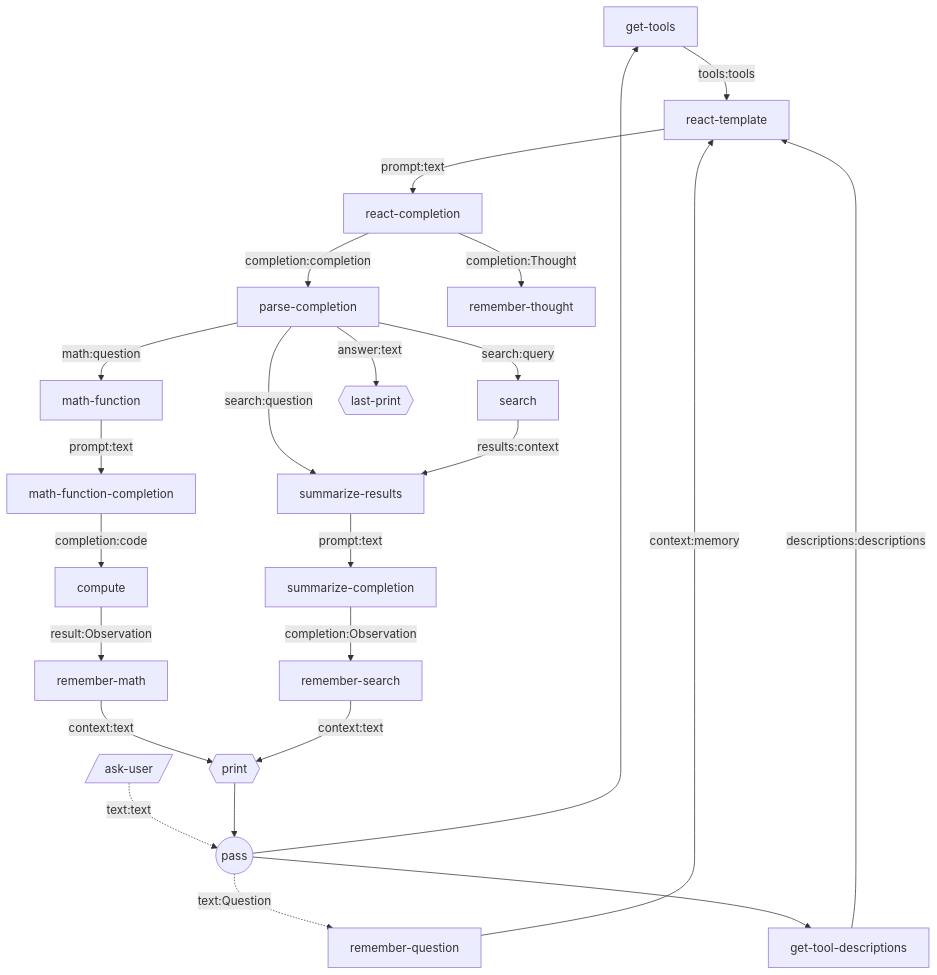
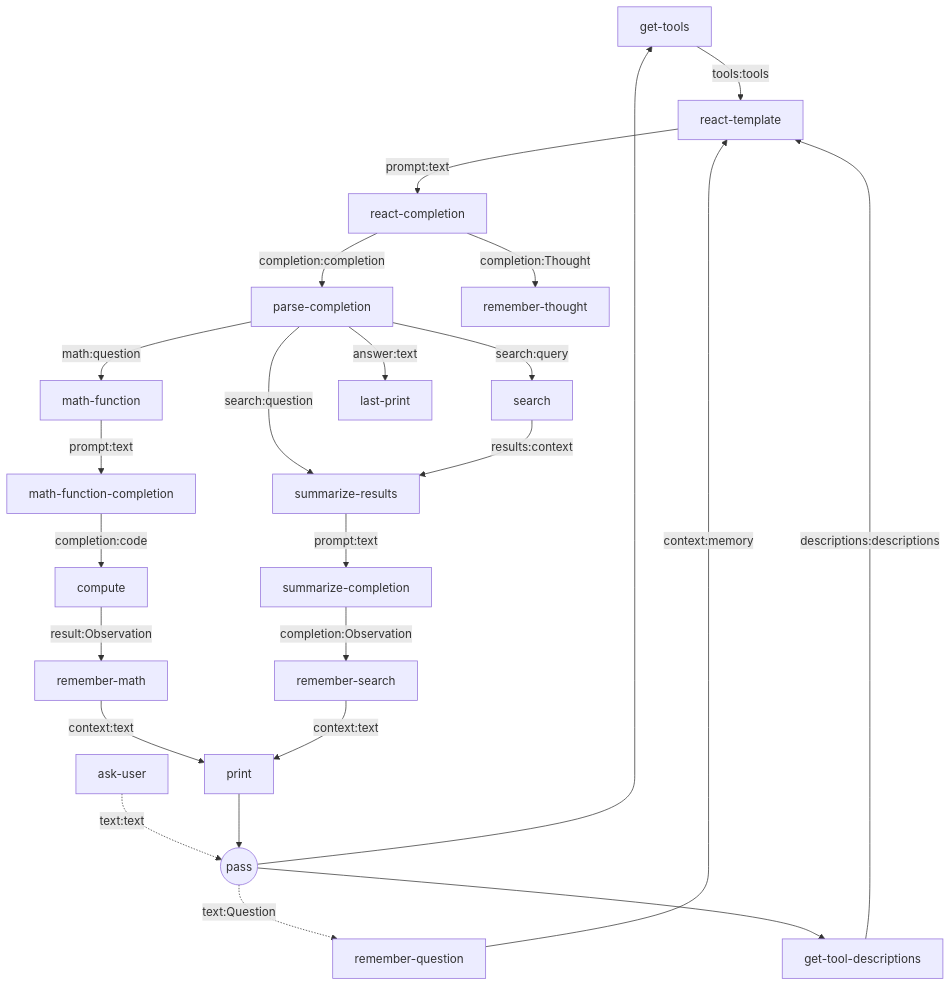
Before and after one commit to breadboard-ai/breadboard: the diagram in seeds/graph-playground/docs/graphs/react.md, drawn with Mermaid. The commit also changed 22 other files, not shown here.

First line of the commit message:
[graph-playground] Renaming input and output.

````diff
--- a/seeds/graph-playground/docs/graphs/react.md
+++ b/seeds/graph-playground/docs/graphs/react.md
@@ -4,26 +4,26 @@
 ```mermaid
 graph TD;
 get-tools -- tools:tools --> react-template
 get-tool-descriptions -- descriptions:descriptions --> react-template
-ask-user[/ask-user/] -. text:text .-> pass((pass))
+ask-user -. text:text .-> pass((pass))
 pass((pass)) --> get-tools
 pass((pass)) -. text:Question .-> remember-question
 remember-question -- context:memory --> react-template
 pass((pass)) --> get-tool-descriptions
 react-template -- prompt:text --> react-completion
 react-completion -- completion:completion --> parse-completion
 react-completion -- completion:Thought --> remember-thought
 parse-completion -- search:query --> search
 parse-completion -- math:question --> math-function
 parse-completion -- search:question --> summarize-results
 search -- results:context --> summarize-results
 summarize-results -- prompt:text --> summarize-completion
 math-function -- prompt:text --> math-function-completion
 math-function-completion -- completion:code --> compute
 compute -- result:Observation --> remember-math
-remember-math -- context:text --> print{{print}}
+remember-math -- context:text --> print
 summarize-completion -- completion:Observation --> remember-search
-remember-search -- context:text --> print{{print}}
-print{{print}} --> pass((pass))
-parse-completion -- answer:text --> last-print{{last-print}}
+remember-search -- context:text --> print
+print --> pass((pass))
+parse-completion -- answer:text --> last-print
 ```
````
